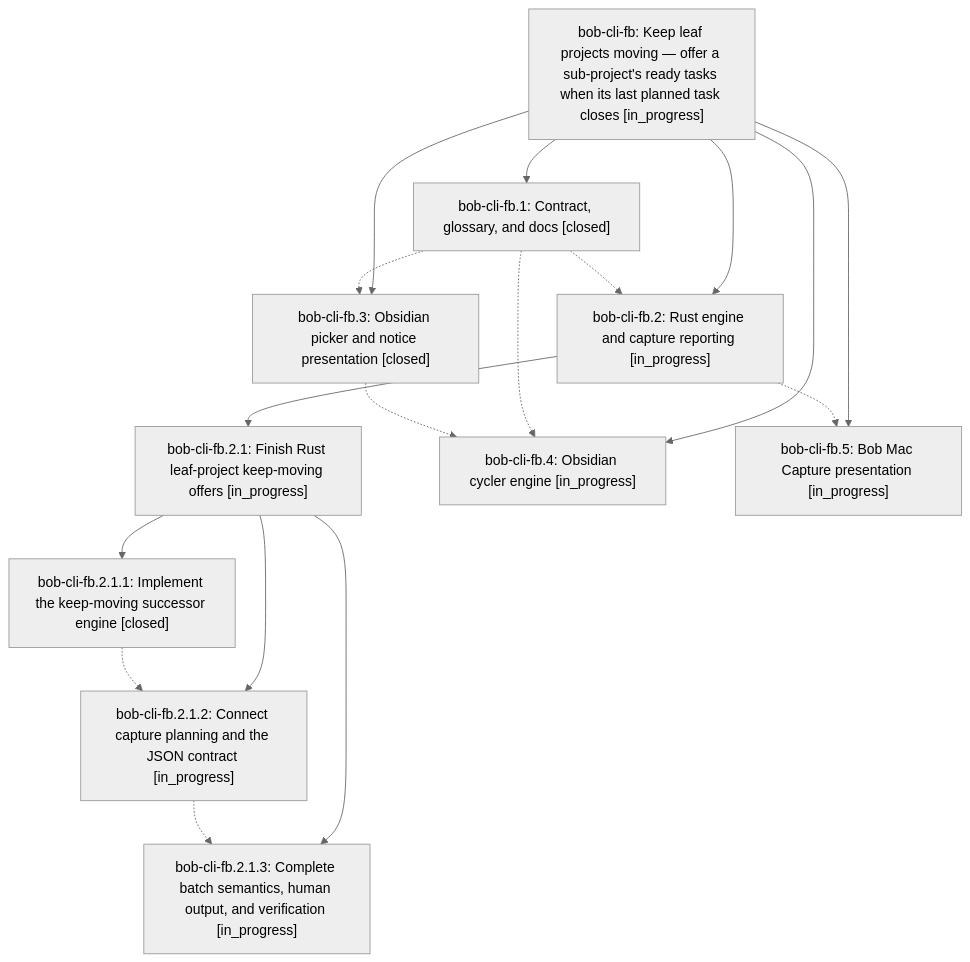
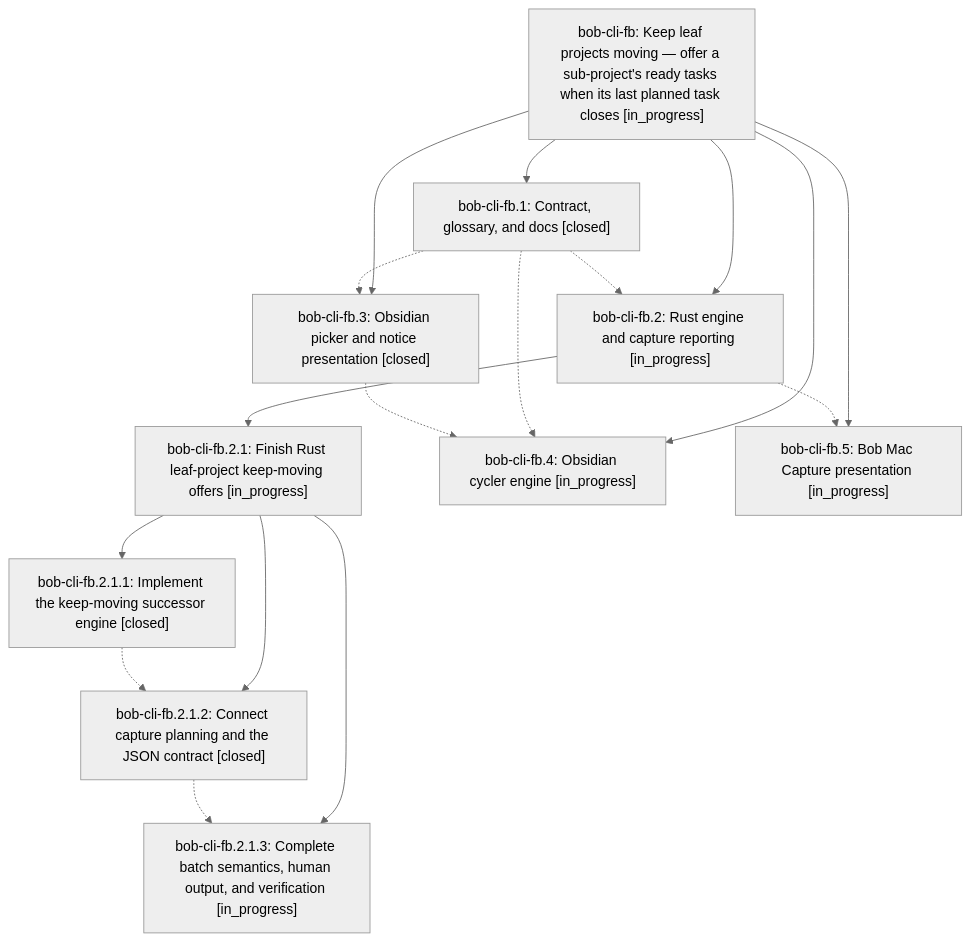
The diagram in pages/bob-cli-fb/README.md (bobs-org/bob-cli--beads), drawn with Mermaid (neutral theme) before and after one commit. The commit also changed other lines of this file and 5 other files, not shown here.

First line of the commit message:
chore(beads): sync bead state and pages for bob-cli-fb

````diff
--- a/pages/bob-cli-fb/README.md
+++ b/pages/bob-cli-fb/README.md
@@ -40,29 +40,29 @@
 ```mermaid
 flowchart TD
     n0["bob-cli-fb: Keep leaf projects moving — offer a sub-project's ready tasks when its last planned task closes [in_progress]"]
     n1["bob-cli-fb.1: Contract, glossary, and docs [closed]"]
     n2["bob-cli-fb.2: Rust engine and capture reporting [in_progress]"]
     n3["bob-cli-fb.2.1: Finish Rust leaf-project keep-moving offers [in_progress]"]
     n4["bob-cli-fb.2.1.1: Implement the keep-moving successor engine [closed]"]
-    n5["bob-cli-fb.2.1.2: Connect capture planning and the JSON contract [in_progress]"]
+    n5["bob-cli-fb.2.1.2: Connect capture planning and the JSON contract [closed]"]
     n6["bob-cli-fb.2.1.3: Complete batch semantics, human output, and verification [in_progress]"]
     n7["bob-cli-fb.3: Obsidian picker and notice presentation [closed]"]
     n8["bob-cli-fb.4: Obsidian cycler engine [in_progress]"]
     n9["bob-cli-fb.5: Bob Mac Capture presentation [in_progress]"]
     n0 --> n1
     n0 --> n2
     n2 --> n3
     n3 --> n4
     n3 --> n5
     n3 --> n6
     n0 --> n7
     n0 --> n8
     n0 --> n9
     n1 -.-> n2
     n1 -.-> n7
     n1 -.-> n8
     n2 -.-> n9
     n4 -.-> n5
     n5 -.-> n6
     n7 -.-> n8
 ```
````
